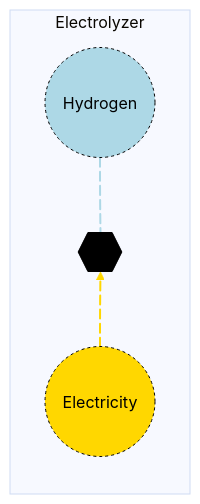
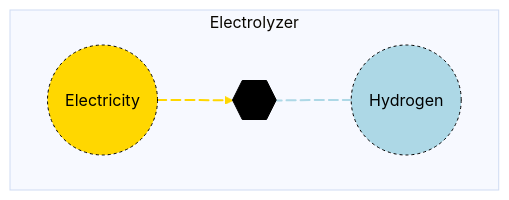
One commit to openmod-tracker/MacroEnergy.jl changed the diagram in docs/src/Manual/assets/electrolyzer.md. Above: the diagram before and after it, drawn with Mermaid. The commit also changed other lines of this file and 10 other files, not shown here.

````diff
--- a/docs/src/Manual/assets/electrolyzer.md
+++ b/docs/src/Manual/assets/electrolyzer.md
@@ -21,17 +21,17 @@
 ```mermaid
 %%{init: {'theme': 'base', 'themeVariables': { 'background': '#D1EBDE' }}}%%
 flowchart LR
   subgraph Electrolyzer
-  direction BT
+  direction LR
   A((Electricity)) e1@--> B{{..}}
   B e2@--> C((Hydrogen))
   e1@{ animate: true }
   e2@{ animate: true }
  end
     style A r:55px,fill:#FFD700,stroke:black,color:black,stroke-dasharray: 3,5;
     style B fill:black,stroke:black,color:black;
     style C r:55px,fill:lightblue,stroke:black,color:black,stroke-dasharray: 3,5;
 
     linkStyle 0 stroke:#FFD700, stroke-width: 2px, stroke-dasharray: 5 5;
     linkStyle 1 stroke:lightblue, stroke-width: 2px, stroke-dasharray: 5 5;
 ```
````
